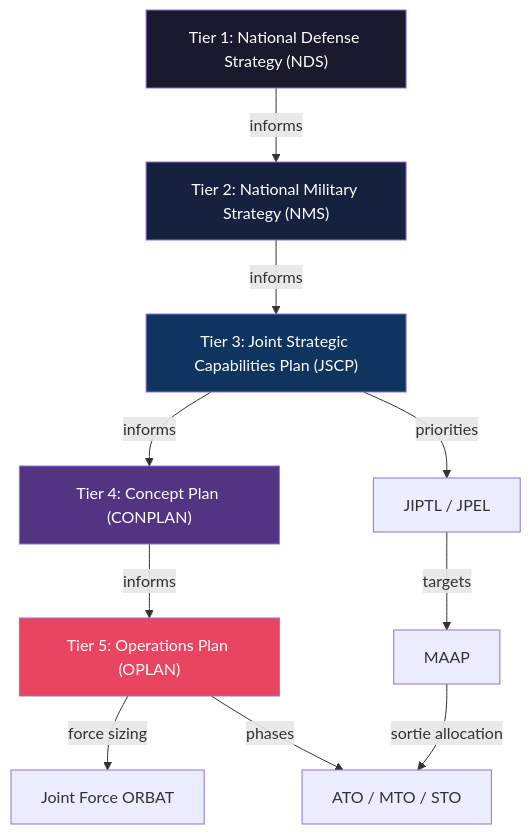
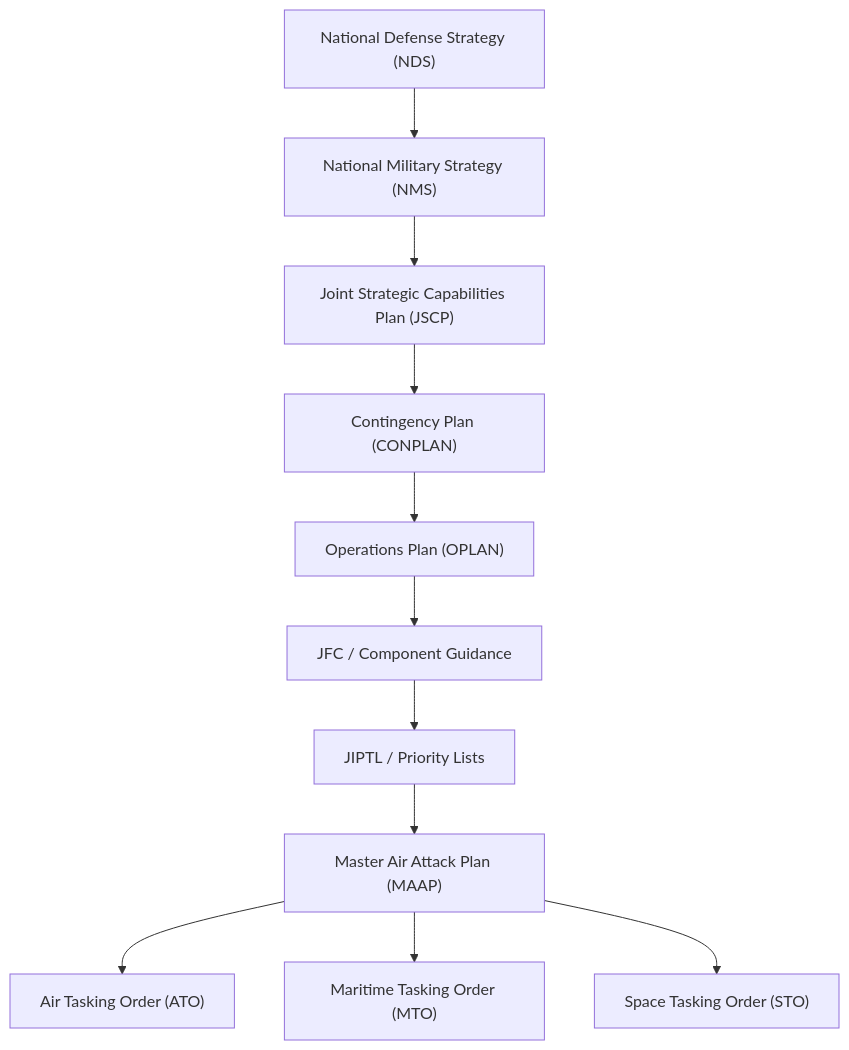
Before and after one commit to neg-0/overwatch: the first of 2 diagrams in docs/doctrine-cascade.md, drawn with Mermaid. The commit also changed other lines of this file and 12 other files, not shown here.

````diff
--- a/docs/doctrine-cascade.md
+++ b/docs/doctrine-cascade.md
@@ -7,27 +7,13 @@
 ```mermaid
-graph TD
-    NDS["Tier 1: National Defense Strategy (NDS)"]
-    NMS["Tier 2: National Military Strategy (NMS)"]
-    JSCP["Tier 3: Joint Strategic Capabilities Plan (JSCP)"]
-    CONPLAN["Tier 4: Concept Plan (CONPLAN)"]
-    OPLAN["Tier 5: Operations Plan (OPLAN)"]
-    JIPTL["JIPTL / JPEL"]
-    MAAP["MAAP"]
-    ATO["ATO / MTO / STO"]
-
-    NDS -->|informs| NMS
-    NMS -->|informs| JSCP
-    JSCP -->|informs| CONPLAN
-    CONPLAN -->|informs| OPLAN
-    OPLAN -->|force sizing| ORBAT["Joint Force ORBAT"]
-    OPLAN -->|phases| ATO
-    JSCP -->|priorities| JIPTL
-    JIPTL -->|targets| MAAP
-    MAAP -->|sortie allocation| ATO
-
-    style NDS fill:#1a1a2e,color:#fff
-    style NMS fill:#16213e,color:#fff
-    style JSCP fill:#0f3460,color:#fff
-    style CONPLAN fill:#533483,color:#fff
-    style OPLAN fill:#e94560,color:#fff
+graph TB
+    NDS["National Defense Strategy (NDS)"] --> NMS["National Military Strategy (NMS)"]
+    NMS --> JSCP["Joint Strategic Capabilities Plan (JSCP)"]
+    JSCP --> CONPLAN["Contingency Plan (CONPLAN)"]
+    CONPLAN --> OPLAN["Operations Plan (OPLAN)"]
+    OPLAN --> JFC["JFC / Component Guidance"]
+    JFC --> JIPTL["JIPTL / Priority Lists"]
+    JIPTL --> MAAP["Master Air Attack Plan (MAAP)"]
+    MAAP --> ATO["Air Tasking Order (ATO)"]
+    MAAP --> MTO["Maritime Tasking Order (MTO)"]
+    MAAP --> STO["Space Tasking Order (STO)"]
 ```
````
